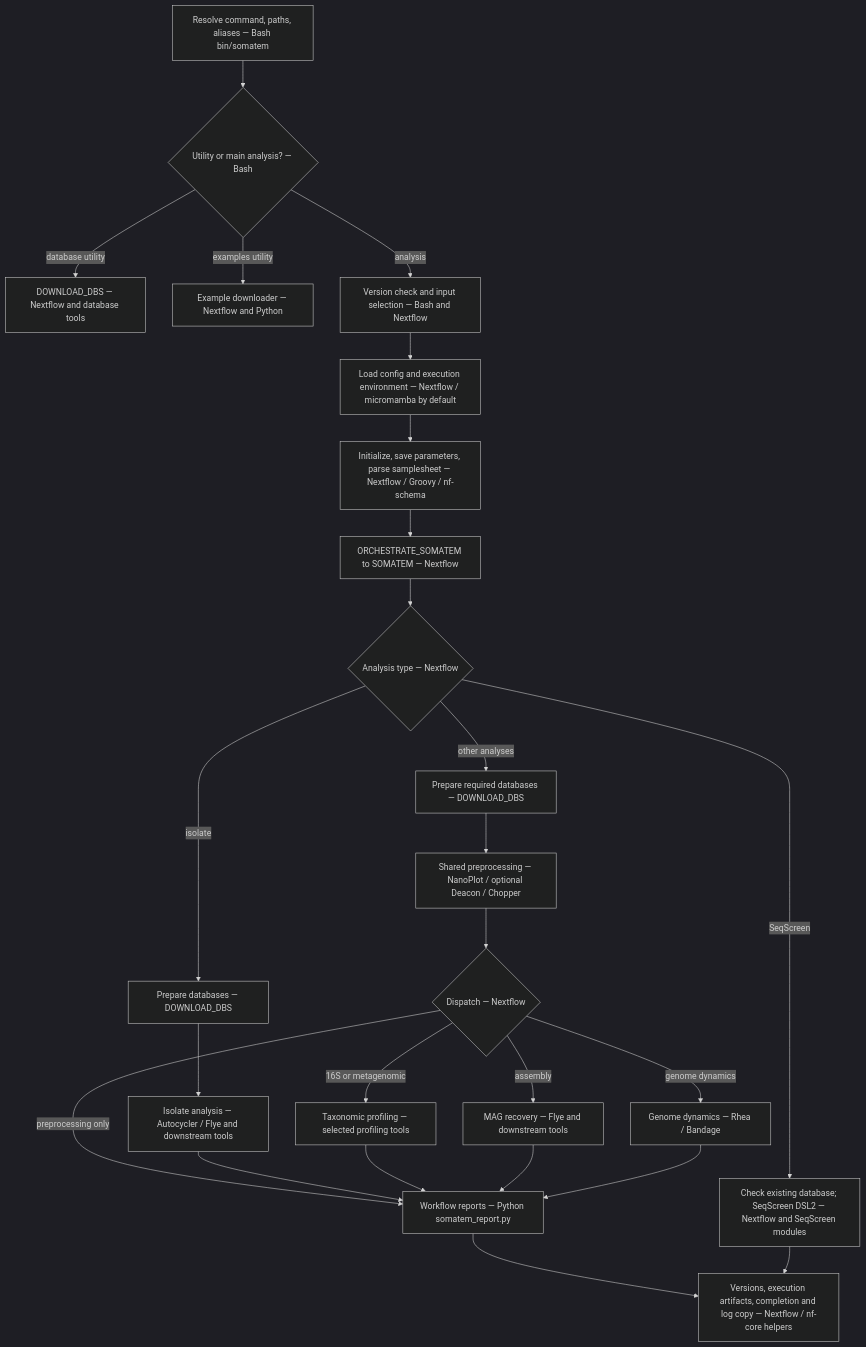
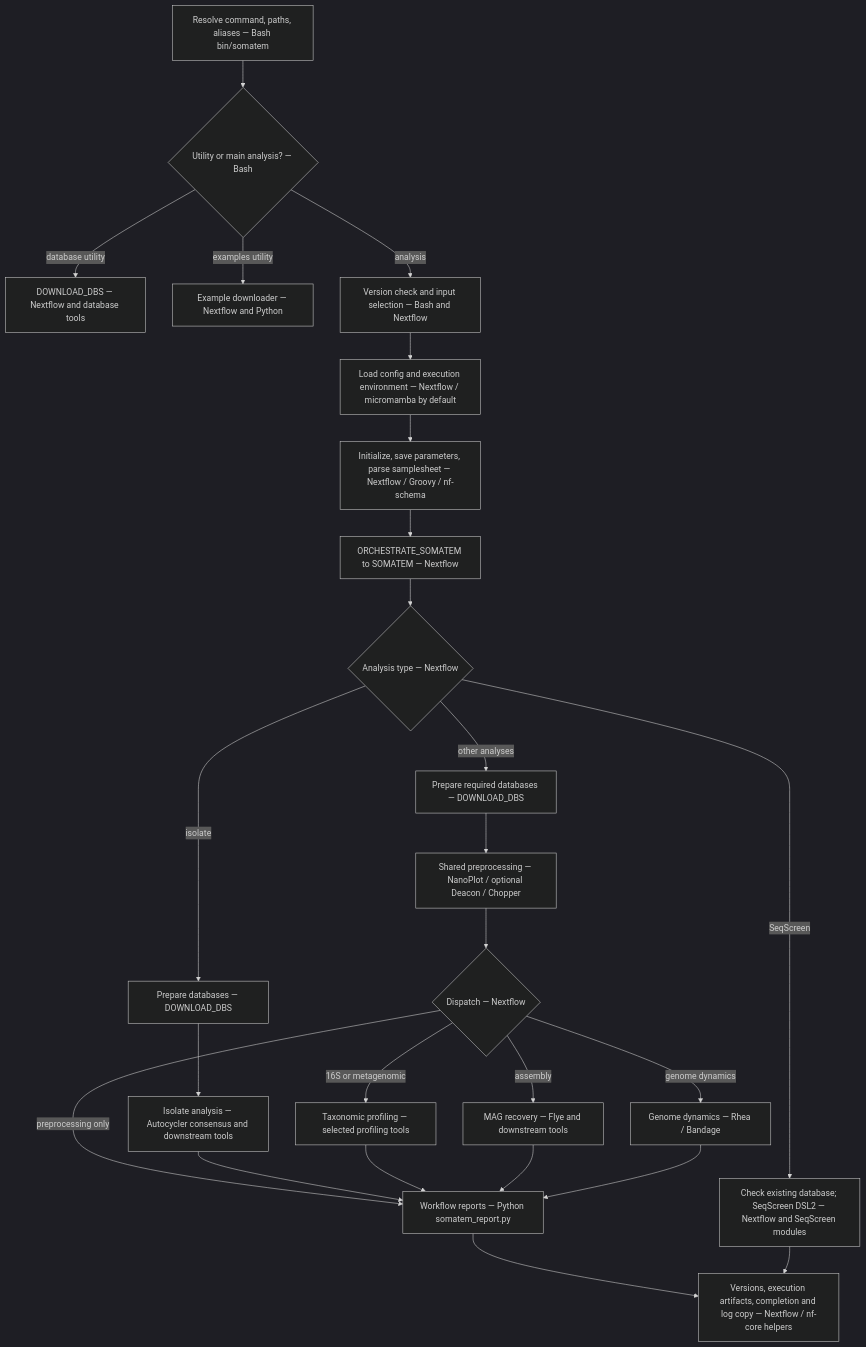
The first of 17 diagrams in docs/workflow-breakdown.md (treangenlab/somatem), drawn with Mermaid (dark theme) before and after one commit. The commit also changed other lines of this file and 62 other files, not shown here.

````diff
--- a/docs/workflow-breakdown.md
+++ b/docs/workflow-breakdown.md
@@ -37,27 +37,27 @@
 ```mermaid
 flowchart TD
     L["Resolve command, paths, aliases — Bash bin/somatem"] --> U{"Utility or main analysis? — Bash"}
     U -->|database utility| DB["DOWNLOAD_DBS — Nextflow and database tools"]
     U -->|examples utility| EX["Example downloader — Nextflow and Python"]
     U -->|analysis| V["Version check and input selection — Bash and Nextflow"]
     V --> C["Load config and execution environment — Nextflow / micromamba by default"]
     C --> I["Initialize, save parameters, parse samplesheet — Nextflow / Groovy / nf-schema"]
     I --> O["ORCHESTRATE_SOMATEM to SOMATEM — Nextflow"]
     O --> Q{"Analysis type — Nextflow"}
     Q -->|isolate| ID["Prepare databases — DOWNLOAD_DBS"]
-    ID --> IA["Isolate analysis — Autocycler / Flye and downstream tools"]
+    ID --> IA["Isolate analysis — Autocycler consensus and downstream tools"]
     Q -->|SeqScreen| SQ["Check existing database; SeqScreen DSL2 — Nextflow and SeqScreen modules"]
     Q -->|other analyses| D["Prepare required databases — DOWNLOAD_DBS"]
     D --> P["Shared preprocessing — NanoPlot / optional Deacon / Chopper"]
     P --> T{"Dispatch — Nextflow"}
     T -->|preprocessing only| R["Workflow reports — Python somatem_report.py"]
     T -->|16S or metagenomic| TAX["Taxonomic profiling — selected profiling tools"]
     T -->|assembly| MAG["MAG recovery — Flye and downstream tools"]
     T -->|genome dynamics| GD["Genome dynamics — Rhea / Bandage"]
     IA --> R
     TAX --> R
     MAG --> R
     GD --> R
     R --> F["Versions, execution artifacts, completion and log copy — Nextflow / nf-core helpers"]
     SQ --> F
 ```
````
